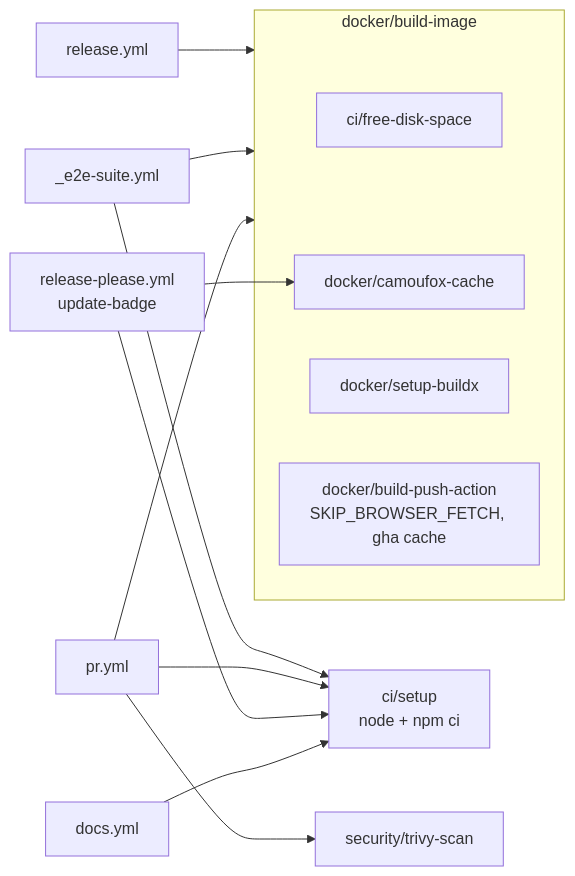
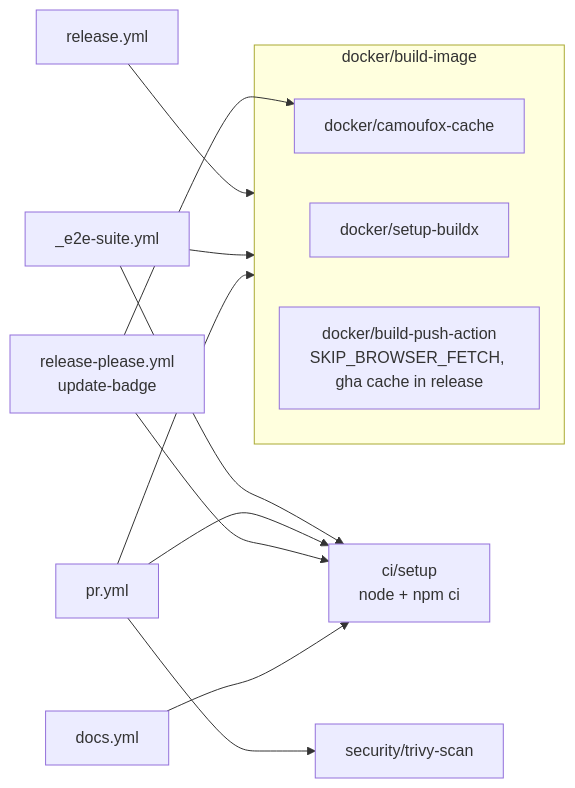
Before and after one commit to sergienko4/israeli-bank-scrapers-to-actual-budget: the second of 2 diagrams in docs/architecture/release-pipeline.md, drawn with Mermaid. The commit also changed 13 other files, not shown here.

````diff
--- a/docs/architecture/release-pipeline.md
+++ b/docs/architecture/release-pipeline.md
@@ -130,22 +130,21 @@
 ```mermaid
 flowchart LR
     subgraph BLD["docker/build-image"]
-      FD["ci/free-disk-space"]
       CAM["docker/camoufox-cache"]
       BX["docker/setup-buildx"]
-      BP["docker/build-push-action<br/>SKIP_BROWSER_FETCH, gha cache"]
+      BP["docker/build-push-action<br/>SKIP_BROWSER_FETCH, gha cache in release"]
     end
 
     SETUP["ci/setup<br/>node + npm ci"]
     TRIVY["security/trivy-scan"]
 
     RELW["release.yml"] --> BLD
     E2EW["_e2e-suite.yml"] --> BLD
     E2EW --> SETUP
     PRW["pr.yml"] --> BLD
     PRW --> TRIVY
     PRW --> SETUP
     RPB["release-please.yml<br/>update-badge"] --> SETUP
     RPB --> CAM
     DOCSW["docs.yml"] --> SETUP
 ```
````
